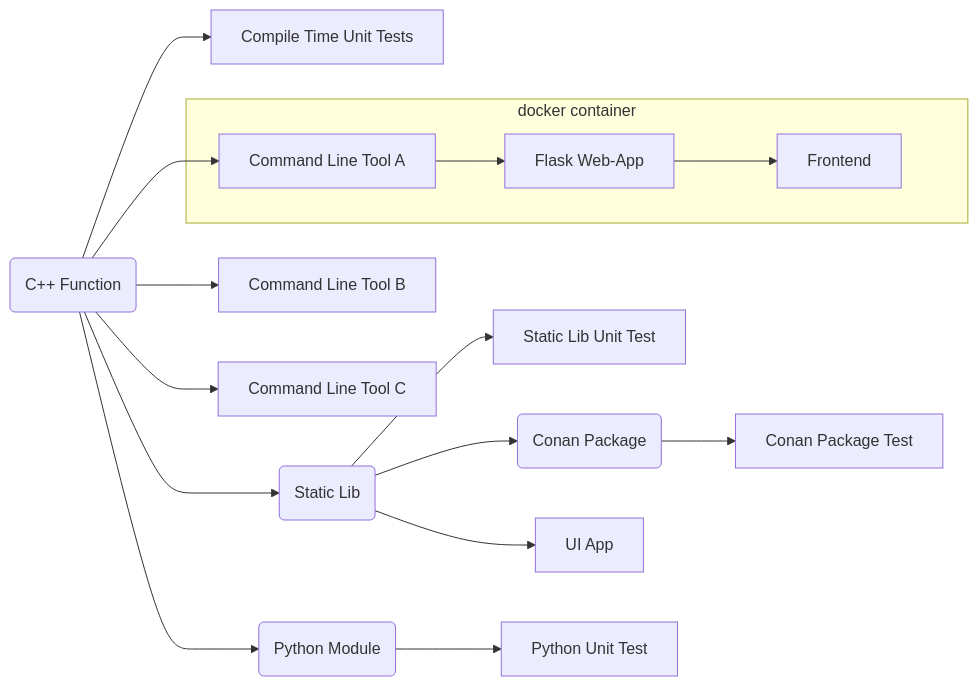
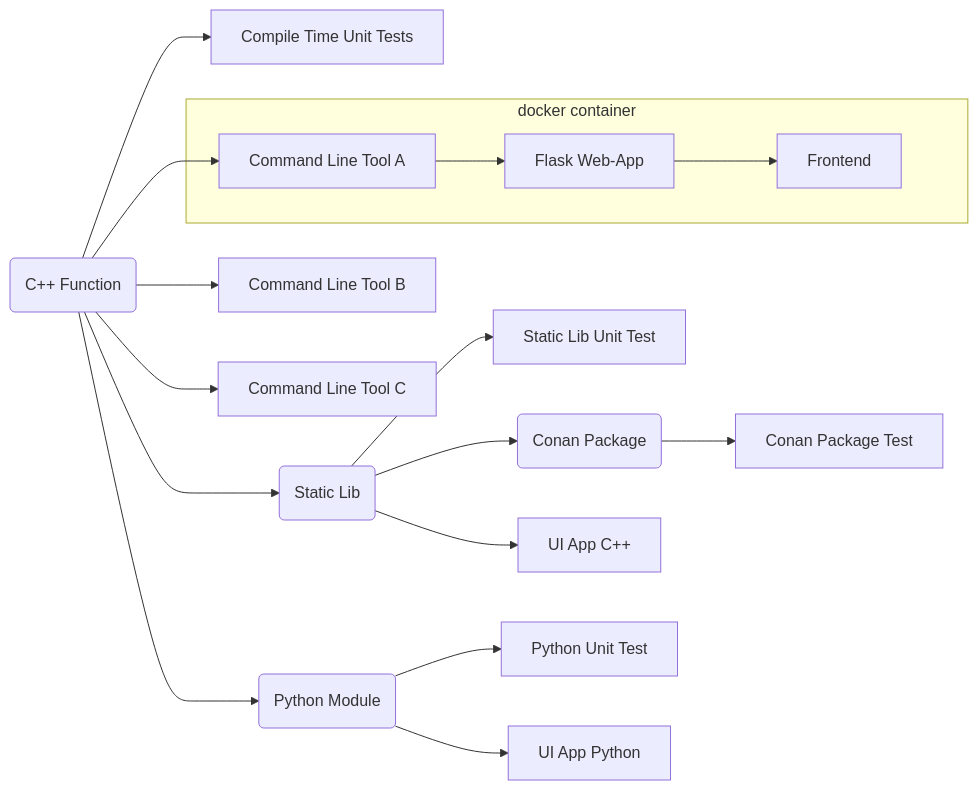
The diagram in README.md (SebastianBach/full-stack), drawn with Mermaid before and after one commit. The commit also changed other lines of this file and 7 other files, not shown here.

Commit message:
python UI app

````diff
--- a/README.md
+++ b/README.md
@@ -26,27 +27,28 @@
 ```mermaid
   flowchart LR;
 
     F(C++ Function) --> CUT[Compile Time Unit Tests];
 
     F --> CLI1[Command Line Tool A]
     F --> CLI2[Command Line Tool B]
     F --> CLI3[Command Line Tool C]
 
     F --> LIB(Static Lib)
 
     LIB --> LIBTEST[Static Lib Unit Test]
     LIB --> C(Conan Package)
 
-    LIB --> QTCPP[UI App]
+    LIB --> QTCPP[UI App C++]
 
     C --> CT[Conan Package Test]
 
     F --> PY(Python Module)
 
     subgraph docker container
     CLI1 --> SERVER[Flask Web-App]
     SERVER --> FRONT[Frontend]
     end
 
     PY --> PYTEST[Python Unit Test]
+    PY --> PYAPP[UI App Python]
 ```
````
